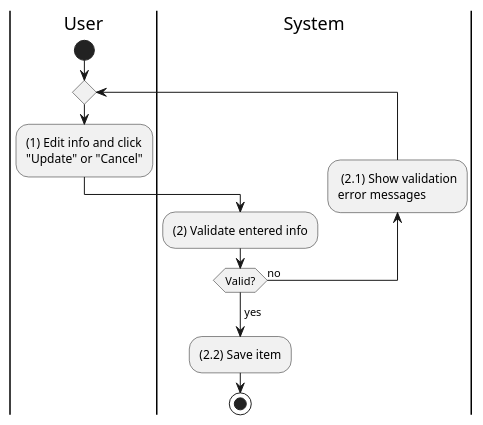
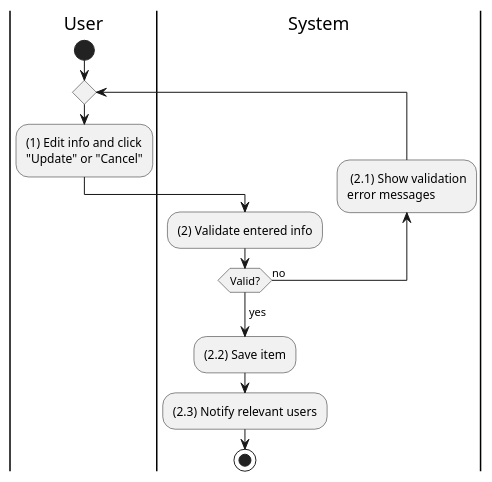
Before and after one commit to phihungha/scmss-reqs: the diagram in activities/sales-order-update.plantuml, drawn with PlantUML. The commit also changed 1 other file, not shown here.

Commit message:
Add missing notify step

```diff
--- a/activities/sales-order-update.plantuml
+++ b/activities/sales-order-update.plantuml
@@ -1,16 +1,17 @@
 @startuml sales-order-update
 |u|User
 |s|System
 
 |u|
 start
 repeat
     :(1) Edit info and click\n"Update" or "Cancel";
     |s|
     :(2) Validate entered info;
     backward: (2.1) Show validation\nerror messages;
 repeat while (Valid?) is (no)
 ->yes;
 :(2.2) Save item;
+:(2.3) Notify relevant users;
 stop
 @enduml
```
